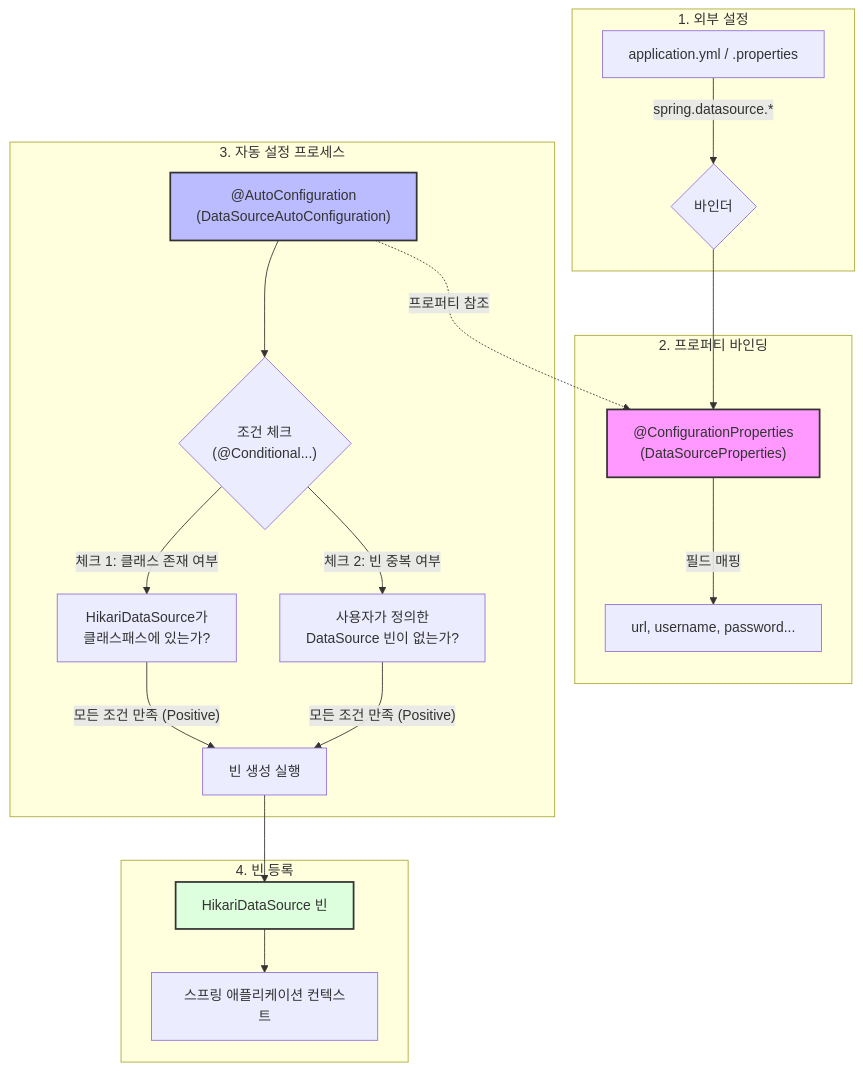
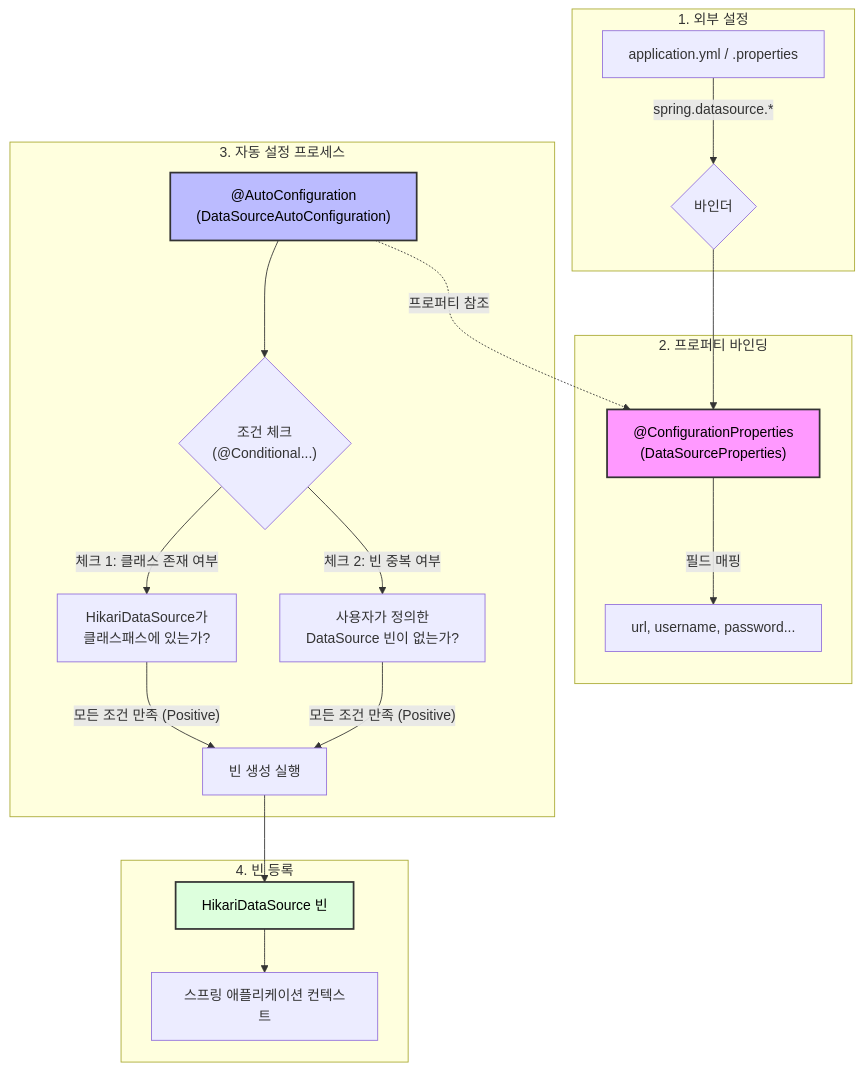
The diagram in src/content/docs/docs/spring/spring-boot-auto-configuration.md (hyoguoo/hyoguoo.github.io), drawn with Mermaid before and after one commit. The commit also changed 8 other files, not shown here.

Commit message:
mod: 가독성을 위한 mermaid 색상 수정

````diff
--- a/src/content/docs/docs/spring/spring-boot-auto-configuration.md
+++ b/src/content/docs/docs/spring/spring-boot-auto-configuration.md
@@ -40,28 +40,28 @@
 ```mermaid
 graph TD
     subgraph "1. 외부 설정"
         A[application.yml / .properties] -- " spring.datasource.* " --> B{바인더}
     end
 
     subgraph "2. 프로퍼티 바인딩"
         B --> C["@ConfigurationProperties<br/>(DataSourceProperties)"]
         C -->|필드 매핑| D["url, username, password..."]
     end
 
     subgraph "3. 자동 설정 프로세스"
         E["@AutoConfiguration<br/>(DataSourceAutoConfiguration)"] -.->|프로퍼티 참조| C
         E --> F{"조건 체크<br/>(@Conditional...)"}
         F -- " 체크 1: 클래스 존재 여부 " --> G["HikariDataSource가<br/>클래스패스에 있는가?"]
         F -- " 체크 2: 빈 중복 여부 " --> H["사용자가 정의한<br/>DataSource 빈이 없는가?"]
         G & H -->|" 모든 조건 만족 (Positive) "| I["빈 생성 실행"]
     end
 
     subgraph "4. 빈 등록"
         I --> J["HikariDataSource 빈"]
         J --> K[스프링 애플리케이션 컨텍스트]
     end
 
-    style C fill: #f9f, stroke: #333, stroke-width: 2px
-    style E fill: #bbf, stroke: #333, stroke-width: 2px
-    style J fill: #dfd, stroke: #333, stroke-width: 2px
+    style C fill: #f9f, stroke: #333, stroke-width: 2px, color: #000
+    style E fill: #bbf, stroke: #333, stroke-width: 2px, color: #000
+    style J fill: #dfd, stroke: #333, stroke-width: 2px, color: #000
 ```
````
